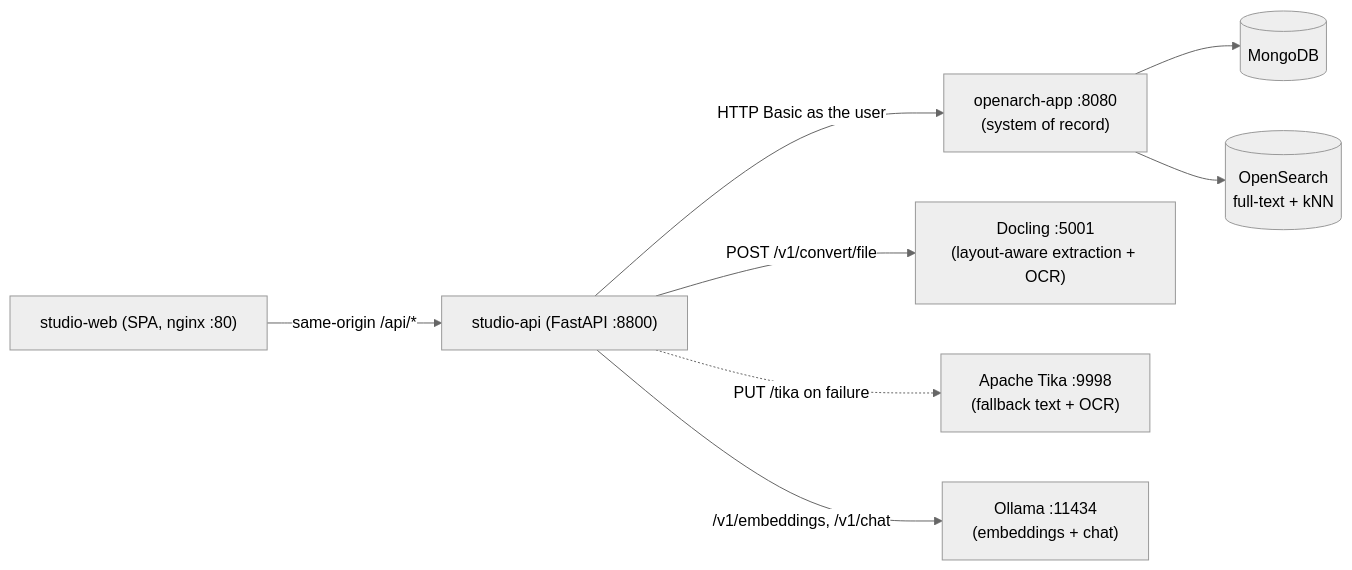
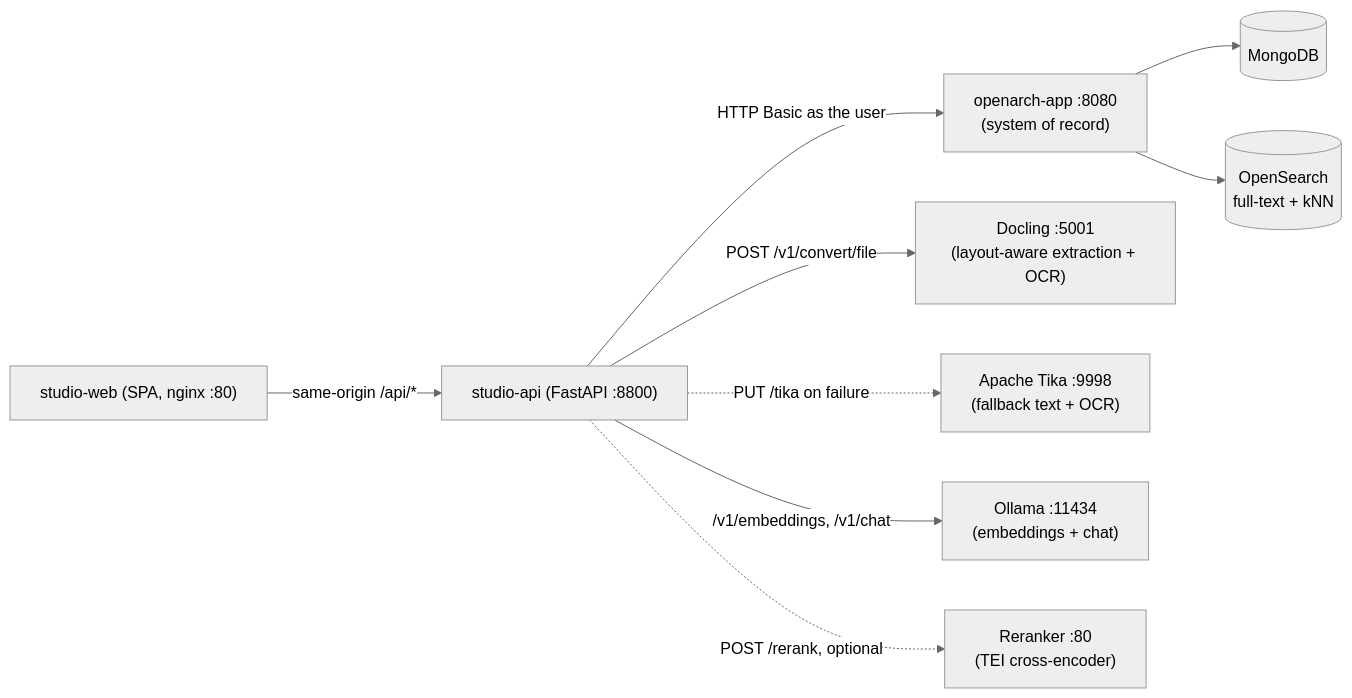
The first of 4 diagrams in docs/TECHNICAL-DEEP-DIVE.md (haaldinger/openarch-studio), drawn with Mermaid (neutral theme) before and after one commit. The commit also changed other lines of this file and 8 other files, not shown here.

````diff
--- a/docs/TECHNICAL-DEEP-DIVE.md
+++ b/docs/TECHNICAL-DEEP-DIVE.md
@@ -17,19 +17,21 @@
 ```mermaid
 flowchart LR
     Browser["studio-web (SPA, nginx :80)"]
     API["studio-api (FastAPI :8800)"]
     OA["openarch-app :8080\n(system of record)"]
     Mongo[(MongoDB)]
     OS[(OpenSearch\nfull-text + kNN)]
     Docling["Docling :5001\n(layout-aware extraction + OCR)"]
     Tika["Apache Tika :9998\n(fallback text + OCR)"]
     Ollama["Ollama :11434\n(embeddings + chat)"]
+    Reranker["Reranker :80\n(TEI cross-encoder)"]
 
     Browser -->|same-origin /api/*| API
     API -->|HTTP Basic as the user| OA
     API -->|POST /v1/convert/file| Docling
     API -.->|PUT /tika on failure| Tika
     API -->|/v1/embeddings, /v1/chat| Ollama
+    API -.->|POST /rerank, optional| Reranker
     OA --> Mongo
     OA --> OS
 ```
````
